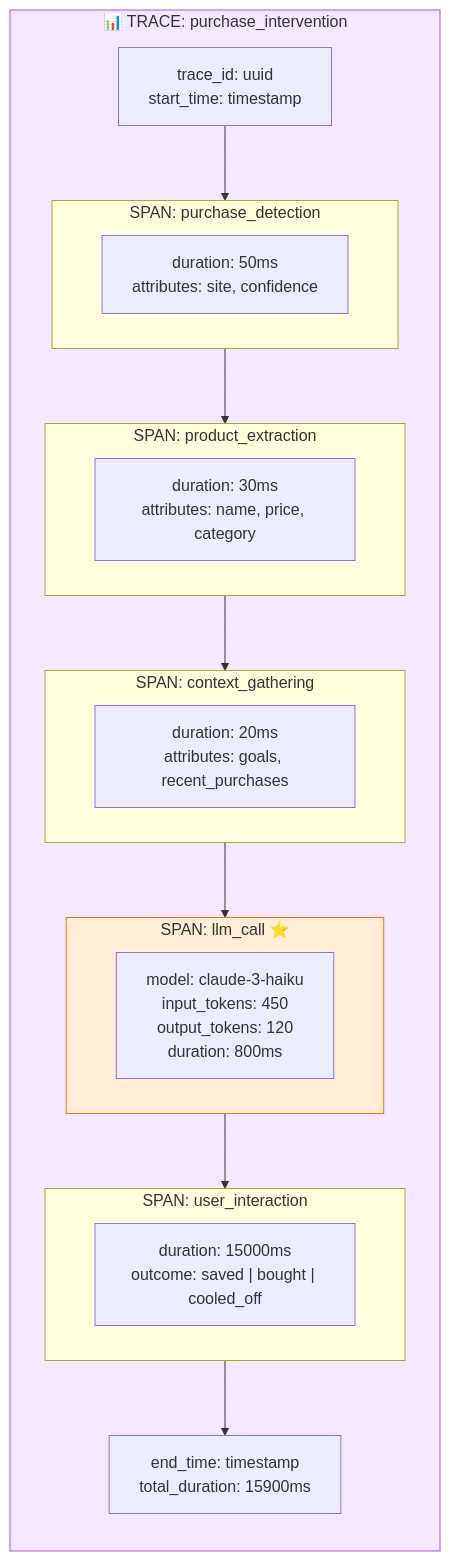
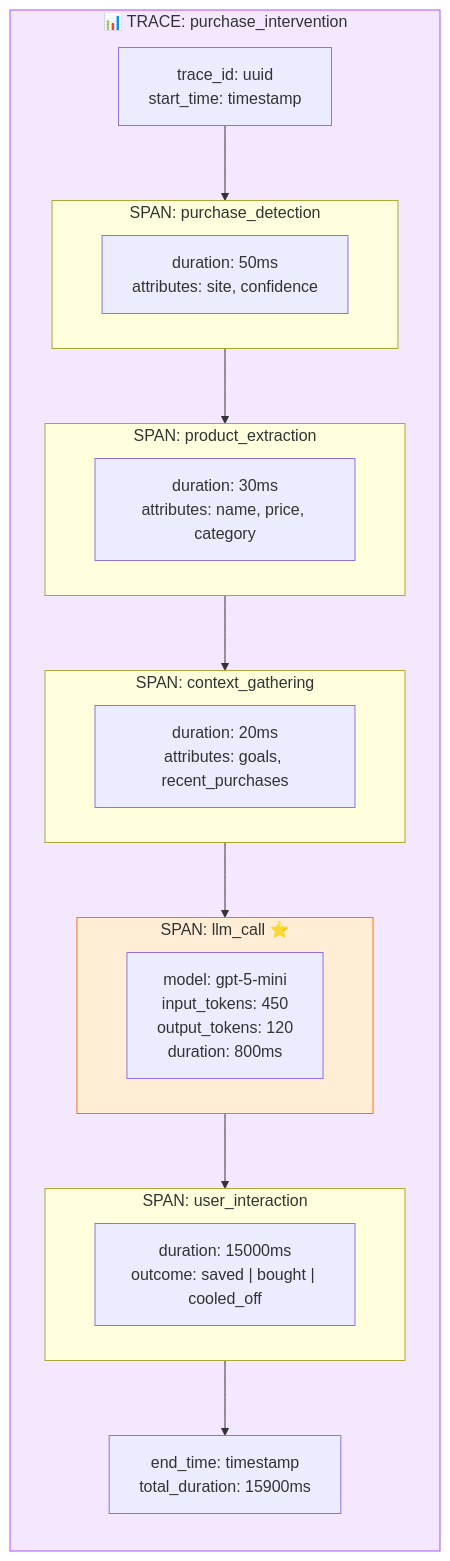
One commit to cnu/PauseBuy changed the ninth of 12 diagrams in docs/PauseBuy_Technical_Architecture.md. Above: the diagram before and after it, drawn with Mermaid. The commit also changed other lines of this file and 8 other files, not shown here.

First line of the commit message:
refactor: switch from Claude Haiku to OpenAI GPT-5 Mini

````diff
--- a/docs/PauseBuy_Technical_Architecture.md
+++ b/docs/PauseBuy_Technical_Architecture.md
@@ -797,39 +797,39 @@
 ```mermaid
 flowchart TB
     subgraph Trace["📊 TRACE: purchase_intervention"]
         direction TB
         TraceInfo["trace_id: uuid<br/>start_time: timestamp"]
         
         subgraph Span1["SPAN: purchase_detection"]
             S1Info["duration: 50ms<br/>attributes: site, confidence"]
         end
         
         subgraph Span2["SPAN: product_extraction"]
             S2Info["duration: 30ms<br/>attributes: name, price, category"]
         end
         
         subgraph Span3["SPAN: context_gathering"]
             S3Info["duration: 20ms<br/>attributes: goals, recent_purchases"]
         end
         
         subgraph Span4["SPAN: llm_call ⭐"]
-            S4Info["model: claude-3-haiku<br/>input_tokens: 450<br/>output_tokens: 120<br/>duration: 800ms"]
+            S4Info["model: gpt-5-mini<br/>input_tokens: 450<br/>output_tokens: 120<br/>duration: 800ms"]
         end
         
         subgraph Span5["SPAN: user_interaction"]
             S5Info["duration: 15000ms<br/>outcome: saved | bought | cooled_off"]
         end
         
         TraceInfo --> Span1
         Span1 --> Span2
         Span2 --> Span3
         Span3 --> Span4
         Span4 --> Span5
         
         EndInfo["end_time: timestamp<br/>total_duration: 15900ms"]
         Span5 --> EndInfo
     end
     
     style Trace fill:#f3e8ff,stroke:#a855f7
     style Span4 fill:#ffedd5,stroke:#f97316
 ```
````
